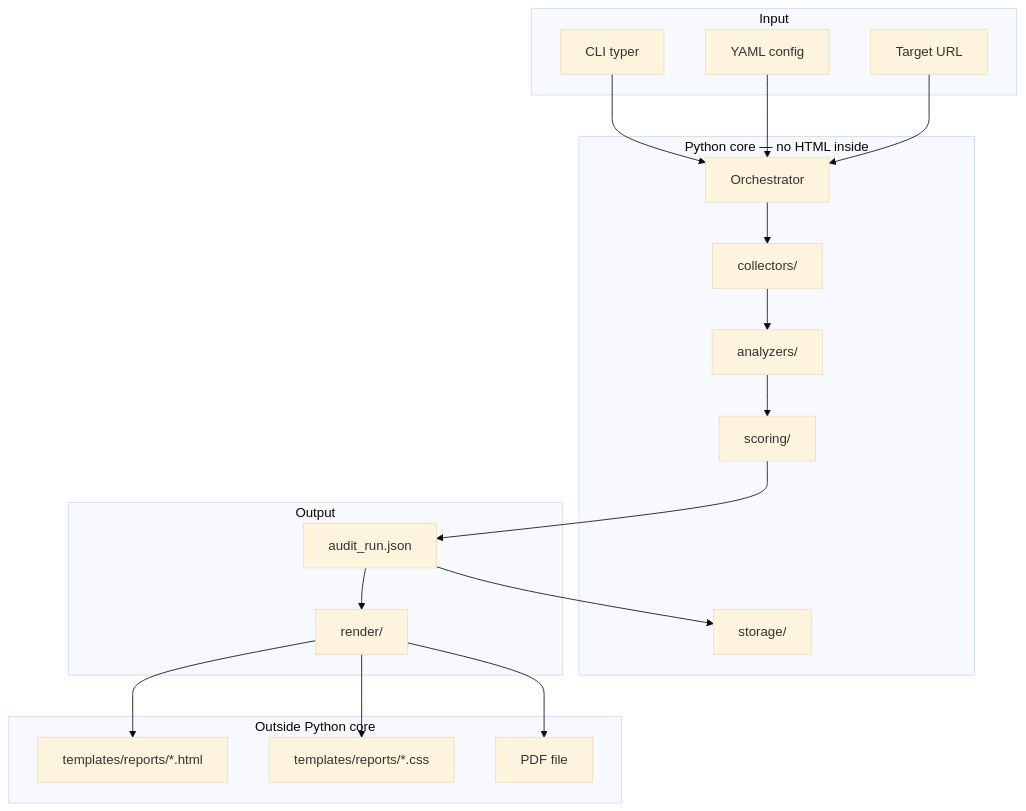
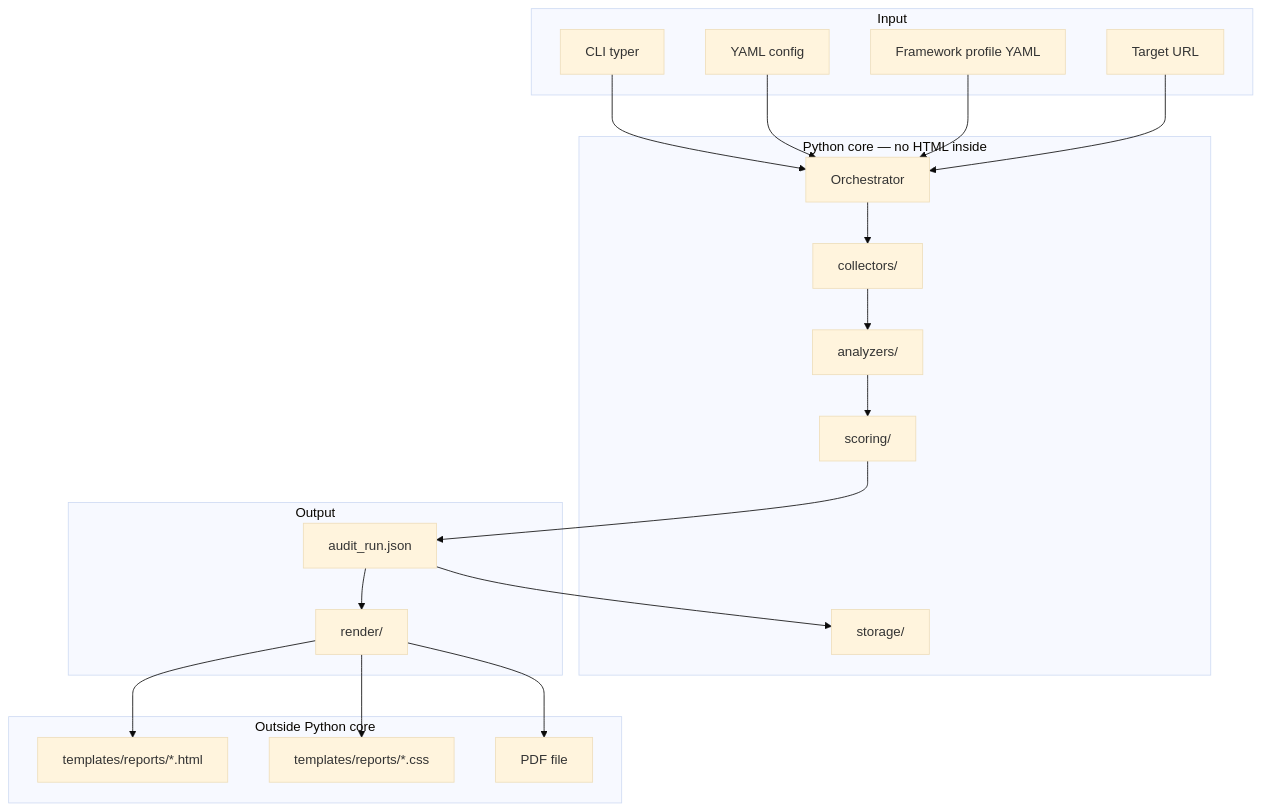
One commit to Vlad-1618M/web_audit changed the first of 3 diagrams in v2_python_core/docs/architecture.md. Above: the diagram before and after it, drawn with Mermaid (base theme). The commit also changed other lines of this file and 24 other files, not shown here.

````diff
--- a/v2_python_core/docs/architecture.md
+++ b/v2_python_core/docs/architecture.md
@@ -9,40 +9,42 @@
 ```mermaid
 flowchart TB
   subgraph input [Input]
     CLI[CLI typer]
     CFG[YAML config]
+    PROF[Framework profile YAML]
     URL[Target URL]
   end
 
   subgraph core [Python core — no HTML inside]
     ORCH[Orchestrator]
     COL[collectors/]
     AN[analyzers/]
     SC[scoring/]
     STO[storage/]
   end
 
   subgraph output [Output]
     JSON[audit_run.json]
     REN[render/]
   end
 
   subgraph external [Outside Python core]
     TPL[templates/reports/*.html]
     CSS[templates/reports/*.css]
     PDF[PDF file]
   end
 
   CLI --> ORCH
   CFG --> ORCH
+  PROF --> ORCH
   URL --> ORCH
   ORCH --> COL
   COL --> AN
   AN --> SC
   SC --> JSON
   JSON --> STO
   JSON --> REN
   REN --> TPL
   REN --> CSS
   REN --> PDF
 ```
````
